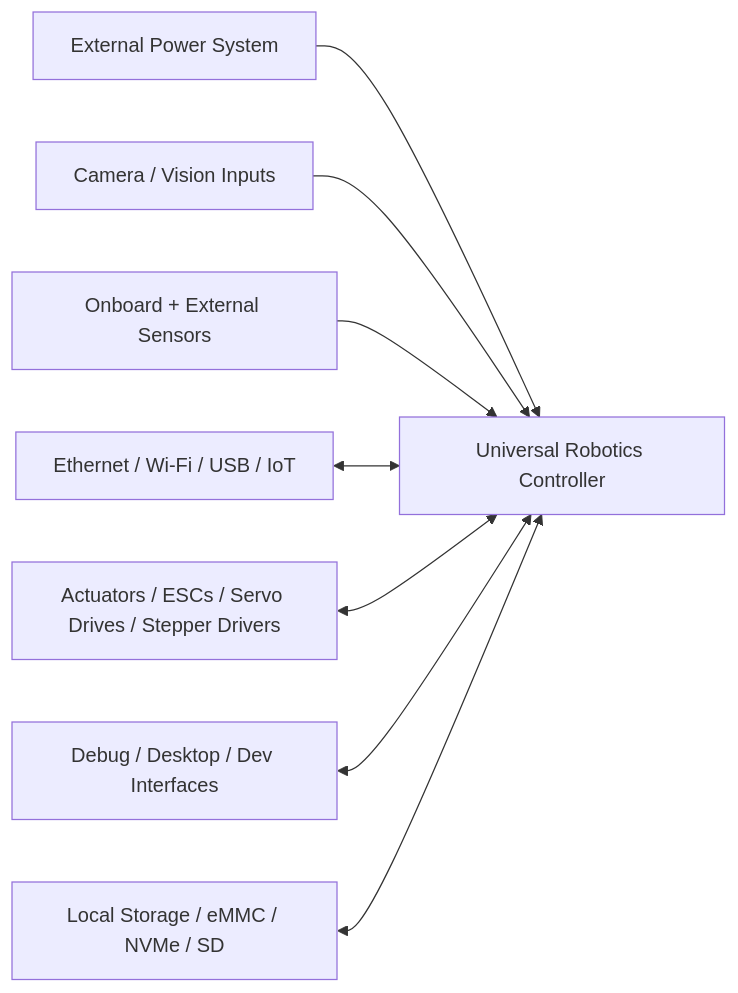
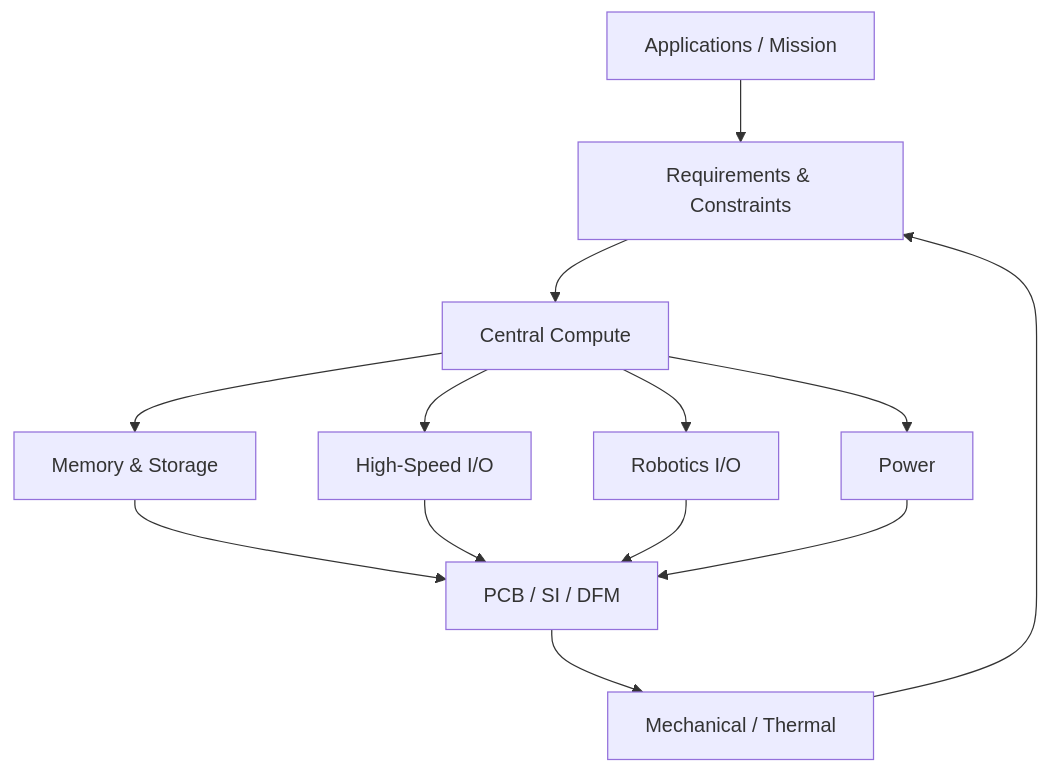
One commit to AhmadAbdel-R/universal-robotics-soc changed the diagram in README.md. Above: the diagram before and after it, drawn with Mermaid. The commit also changed other lines of this file and 39 other files, not shown here.

````diff
--- a/README.md
+++ b/README.md
@@ -108,10 +45,27 @@
 ```mermaid
-flowchart LR
-    PWR[External Power System] --> URC[Universal Robotics Controller]
-    CAM[Camera / Vision Inputs] --> URC
-    SENS[Onboard + External Sensors] --> URC
-    NET[Ethernet / Wi-Fi / USB / IoT] <--> URC
-    ACT[Actuators / ESCs / Servo Drives / Stepper Drivers] <--> URC
-    UI[Debug / Desktop / Dev Interfaces] <--> URC
-    STO[Local Storage / eMMC / NVMe / SD] <--> URC
+flowchart TD
+    APP[Applications / Mission]
+    REQ[Requirements & Constraints]
+    SOC[Central Compute]
+    MEM[Memory & Storage]
+    HIO[High-Speed I/O]
+    RIO[Robotics I/O]
+    PWR[Power]
+    PCB[PCB / SI / DFM]
+    MEC[Mechanical / Thermal]
+
+    APP --> REQ
+    REQ --> SOC
+    SOC --> MEM
+    SOC --> HIO
+    SOC --> RIO
+    SOC --> PWR
+
+    MEM --> PCB
+    HIO --> PCB
+    RIO --> PCB
+    PWR --> PCB
+
+    PCB --> MEC
+    MEC --> REQ
 ```
````
